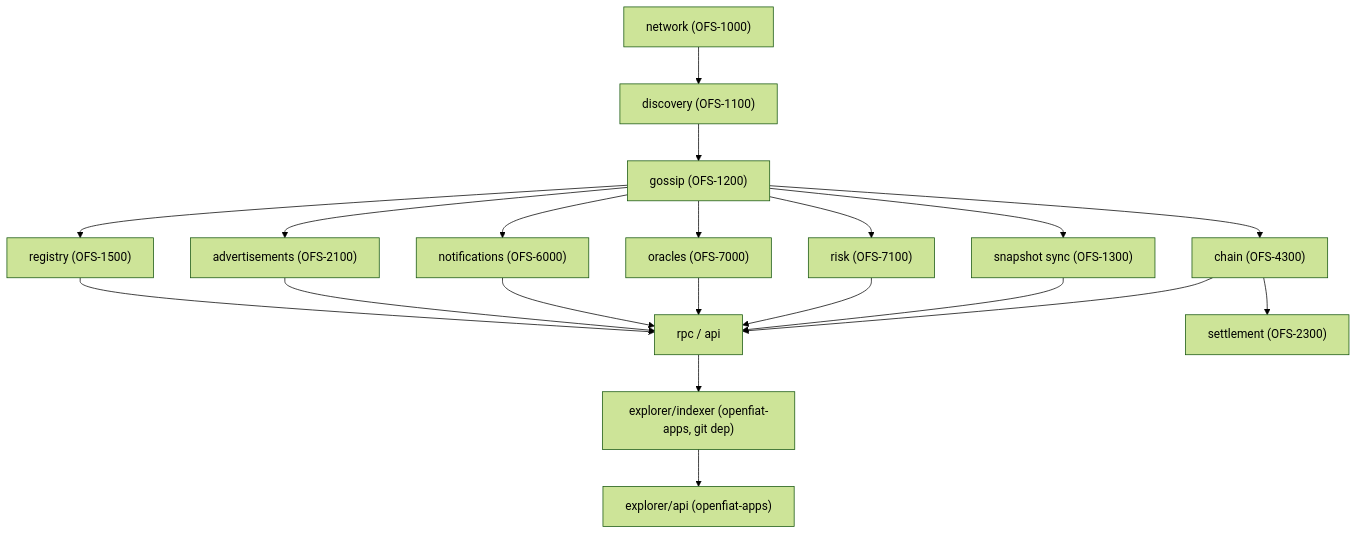
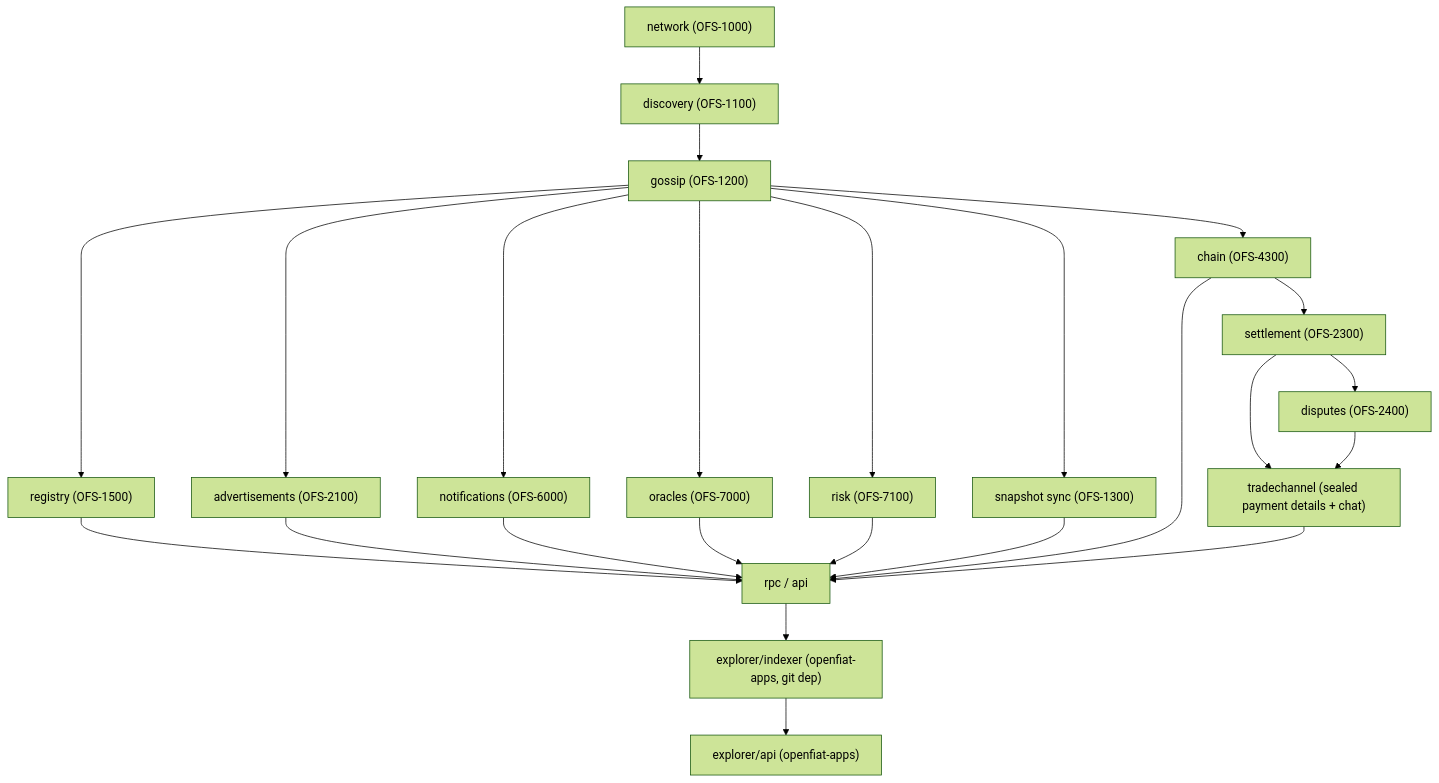
One commit to OpenFiat-org/openfiat-core changed the diagram in docs/architecture.md. Above: the diagram before and after it, drawn with Mermaid (forest theme). The commit also changed other lines of this file and 19 other files, not shown here.

````diff
--- a/docs/architecture.md
+++ b/docs/architecture.md
@@ -10,22 +10,26 @@
 ```mermaid
 flowchart TD
     network["network (OFS-1000)"] --> discovery["discovery (OFS-1100)"]
     discovery --> gossip["gossip (OFS-1200)"]
     gossip --> registry["registry (OFS-1500)"]
     gossip --> advertisements["advertisements (OFS-2100)"]
     gossip --> notifications["notifications (OFS-6000)"]
     gossip --> oracles["oracles (OFS-7000)"]
     gossip --> risk["risk (OFS-7100)"]
     gossip --> snapshot["snapshot sync (OFS-1300)"]
     gossip --> chain["chain (OFS-4300)"]
     registry --> rpc["rpc / api"]
     advertisements --> rpc
     notifications --> rpc
     oracles --> rpc
     risk --> rpc
     snapshot --> rpc
     chain --> rpc
     chain --> settlement["settlement (OFS-2300)"]
+    settlement --> disputes["disputes (OFS-2400)"]
+    settlement --> tradechannel["tradechannel (sealed payment details + chat)"]
+    disputes --> tradechannel
+    tradechannel --> rpc
     rpc --> indexer["explorer/indexer (openfiat-apps, git dep)"]
     indexer --> explorerapi["explorer/api (openfiat-apps)"]
 ```
````
